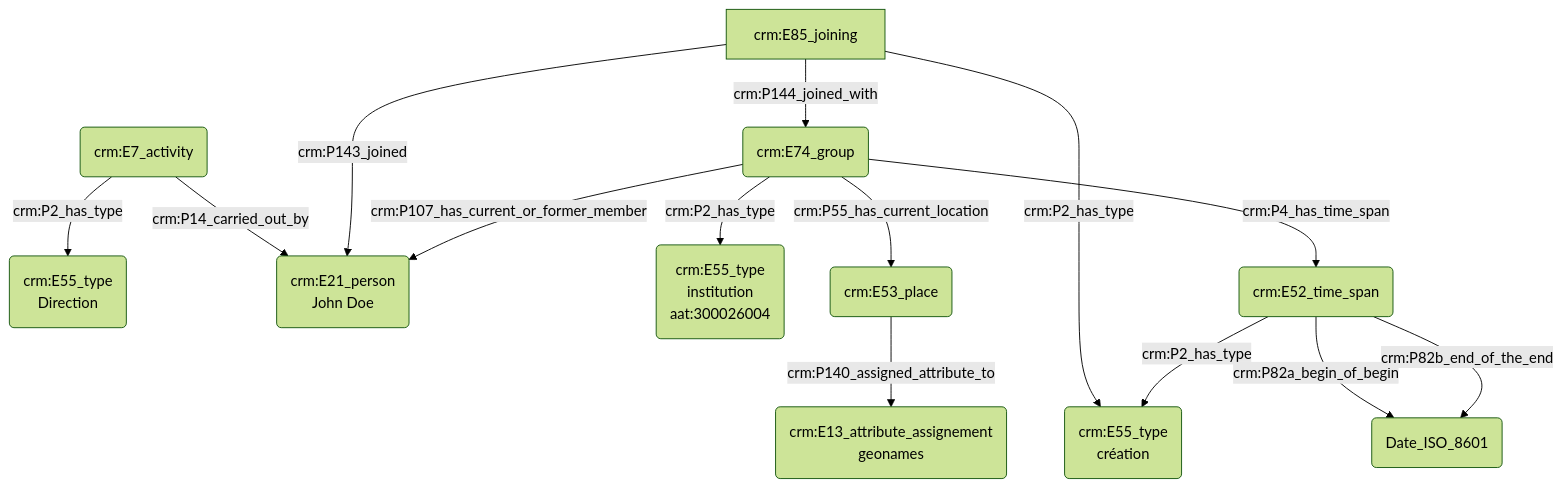
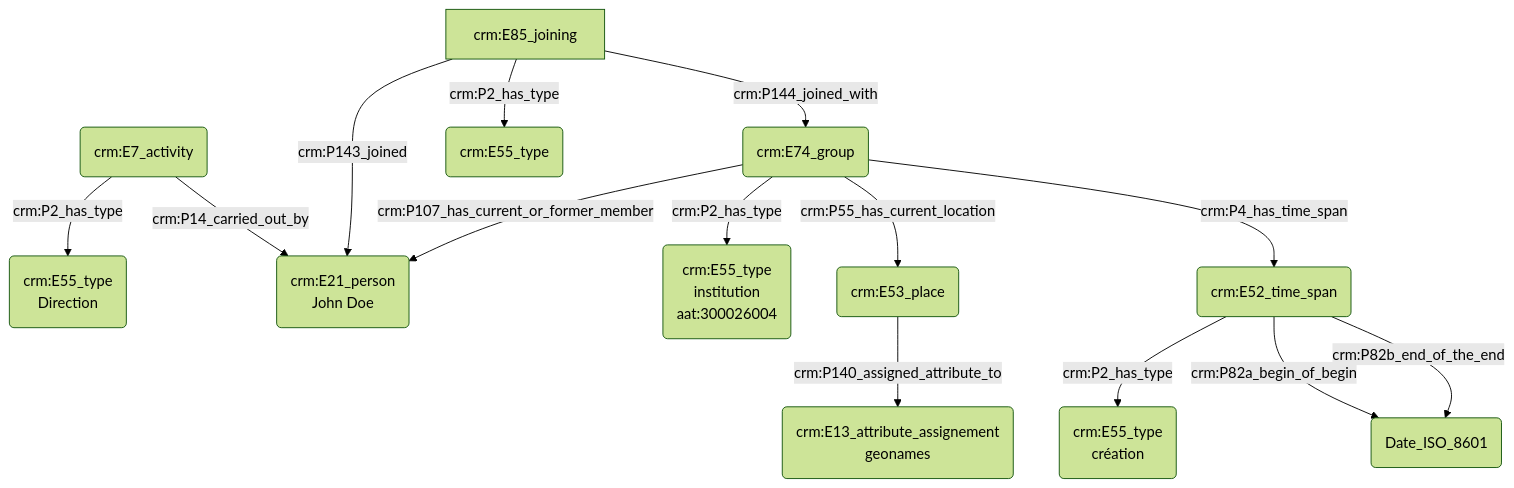
Before and after one commit to Amleth/consortium-musica2-gt2-ontologies: the diagram in modules/livrables/Dossier 2/Prosopographie/statut ou rôle au sein d'une institution.md, drawn with Mermaid (forest theme).

Commit message:
Update statut ou rôle au sein d'une institution.md

````diff
--- a/modules/livrables/Dossier 2/Prosopographie/statut ou rôle au sein d'une institution.md
+++ b/modules/livrables/Dossier 2/Prosopographie/statut ou rôle au sein d'une institution.md
@@ -11,20 +11,20 @@
 ```mermaid
 graph TD;
 
 H(crm:E7_activity) --> |crm:P2_has_type| I(crm:E55_type<br>Direction)
 H(crm:E7_activity) --> |crm:P14_carried_out_by| K(crm:E21_person<br>John Doe)
 
 L[crm:E85_joining] -->|crm:P143_joined| K(crm:E21_person<br>John Doe)
 M(crm:E74_group) --> |crm:P107_has_current_or_former_member| K(crm:E21_person<br>John Doe)
 L[crm:E85_joining] --> |crm:P144_joined_with| M(crm:E74_group)
-L[crm:E85_joining] --> |crm:P2_has_type| T(crm:E55_type)
+L[crm:E85_joining] --> |crm:P2_has_type| Z(crm:E55_type)
 
 M(crm:E74_group) -->|crm:P2_has_type| N(crm:E55_type<br>institution<br>aat:300026004)
 M(crm:E74_group) -->|crm:P55_has_current_location| O(crm:E53_place)
 O(crm:E53_place) -->|crm:P140_assigned_attribute_to| P(crm:E13_attribute_assignement<br>geonames)
 M(crm:E74_group) -->|crm:P4_has_time_span| R(crm:E52_time_span)
 R(crm:E52_time_span) -->|crm:P2_has_type| T(crm:E55_type<br>création)
 R(crm:E52_time_span) -->|crm:P82a_begin_of_begin| S(Date_ISO_8601)
 R(crm:E52_time_span) -->|crm:P82b_end_of_the_end| S(Date_ISO_8601)
 
 ```
````
